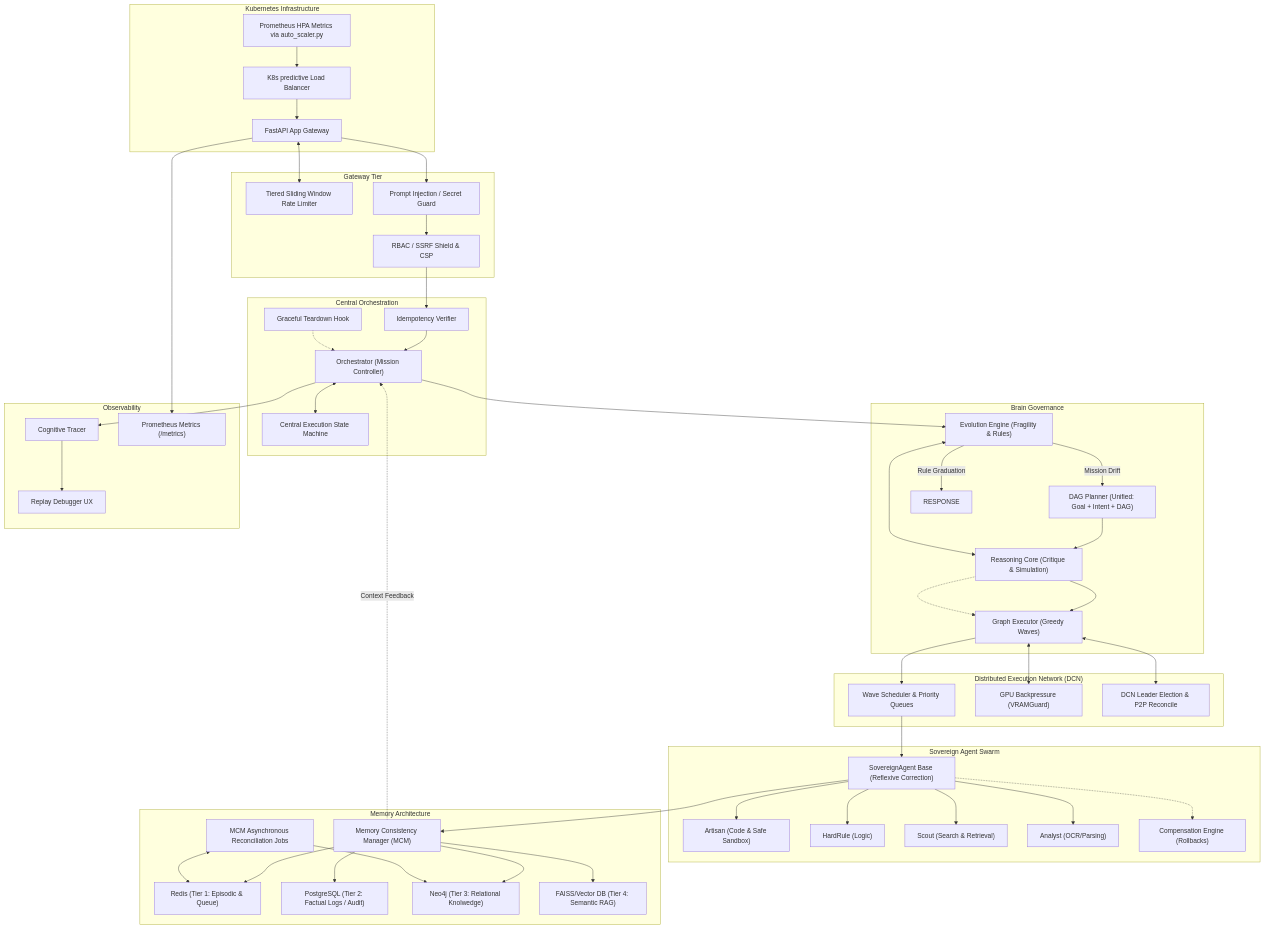
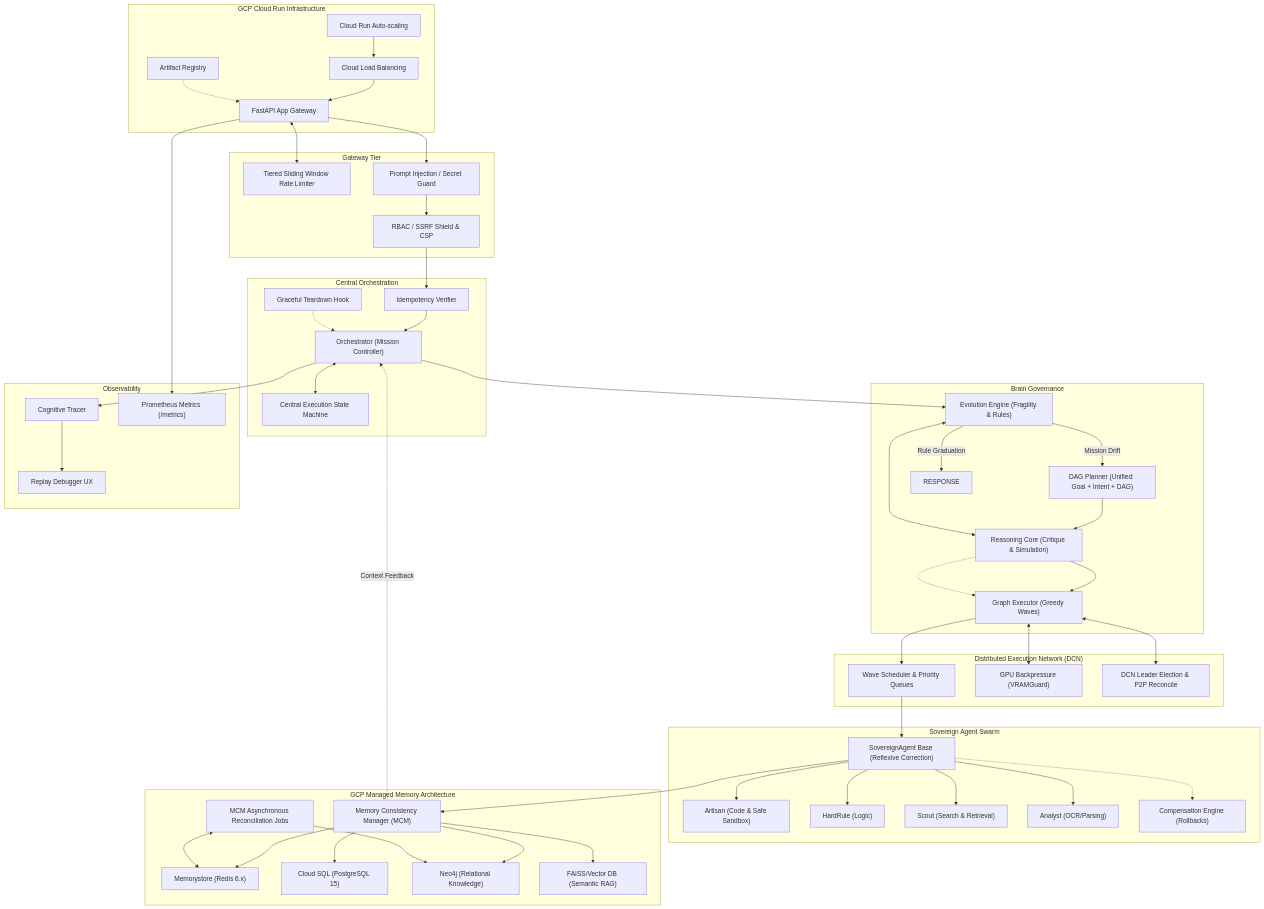
One commit to Blackdrg/levi-ai-innovate changed the fourth of 4 diagrams in README.md. Above: the diagram before and after it, drawn with Mermaid. The commit also changed other lines of this file and 21 other files, not shown here.

```diff
--- a/README.md
+++ b/README.md
@@ -137,11 +162,13 @@
 graph TD;
 
   %% === Ingress & Infrastructure ===
-  subgraph Kubernetes Infrastructure
-    LB[K8s predictive Load Balancer]
-    HPA[Prometheus HPA Metrics via auto_scaler.py]
+  subgraph GCP Cloud Run Infrastructure
+    LB[Cloud Load Balancing]
+    HPA[Cloud Run Auto-scaling]
+    GCR[Artifact Registry]
     LB --> GW
     HPA --> LB
+    GCR -.-> GW
   end
 
   subgraph Gateway Tier
@@ -213,12 +240,12 @@
   end
 
   %% === Memory Integrity ===
-  subgraph Memory Architecture
+  subgraph GCP Managed Memory Architecture
     MCM["Memory Consistency Manager (MCM)"]
-    RED["Redis (Tier 1: Episodic & Queue)"]
-    PG["PostgreSQL (Tier 2: Factual Logs / Audit)"]
-    NEO["Neo4j (Tier 3: Relational Knolwedge)"]
-    VEC["FAISS/Vector DB (Tier 4: Semantic RAG)"]
+    RED["Memorystore (Redis 6.x)"]
+    PG["Cloud SQL (PostgreSQL 15)"]
+    NEO["Neo4j (Relational Knowledge)"]
+    VEC["FAISS/Vector DB (Semantic RAG)"]
     HEAL["MCM Asynchronous Reconciliation Jobs"]
     
     AG_BASE --> MCM
@@ -229,6 +256,7 @@
     HEAL <--> RED
     HEAL --> NEO
   end
+
 
   %% === Telemetry & Replay ===
   subgraph Observability
```
